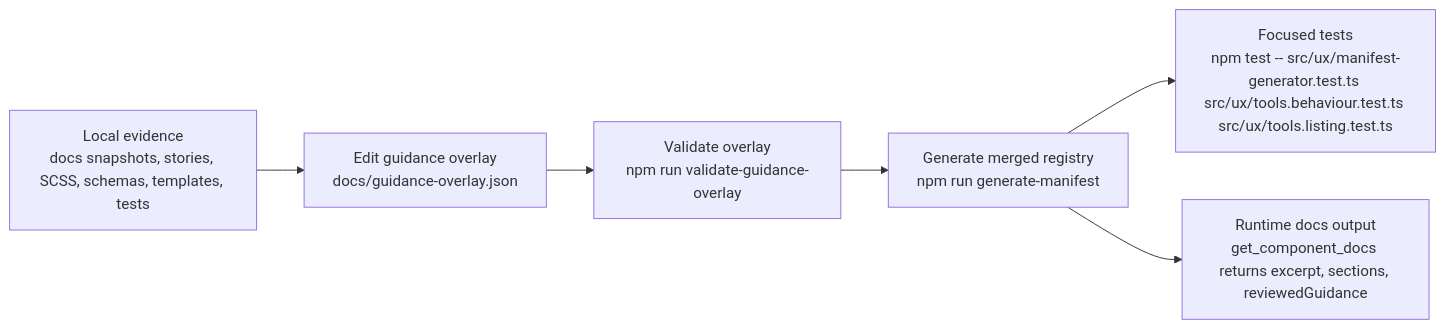
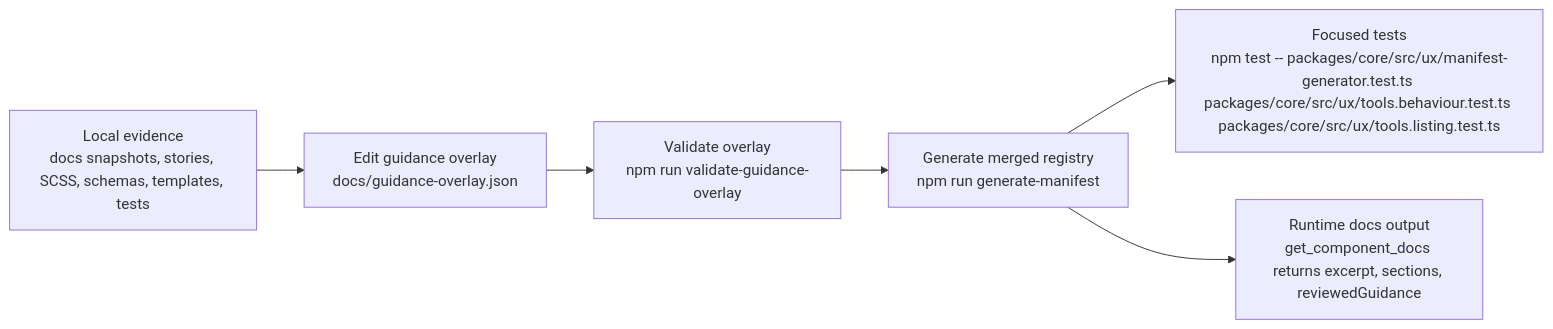
The diagram in docs/guidance-overlay-workflow.md (leonio/kern-ux-mcp), drawn with Mermaid before and after one commit. The commit also changed other lines of this file and 217 other files, not shown here.

````diff
--- a/docs/guidance-overlay-workflow.md
+++ b/docs/guidance-overlay-workflow.md
@@ -9,8 +9,8 @@
 ```mermaid
 flowchart LR
    A[Local evidence\ndocs snapshots, stories, SCSS, schemas, templates, tests] --> B[Edit guidance overlay\ndocs/guidance-overlay.json]
    B --> C[Validate overlay\nnpm run validate-guidance-overlay]
    C --> D[Generate merged registry\nnpm run generate-manifest]
-   D --> E[Focused tests\nnpm test -- src/ux/manifest-generator.test.ts src/ux/tools.behaviour.test.ts src/ux/tools.listing.test.ts]
+   D --> E[Focused tests\nnpm test -- packages/core/src/ux/manifest-generator.test.ts packages/core/src/ux/tools.behaviour.test.ts packages/core/src/ux/tools.listing.test.ts]
    D --> F[Runtime docs output\nget_component_docs returns excerpt, sections, reviewedGuidance]
 ```
````
